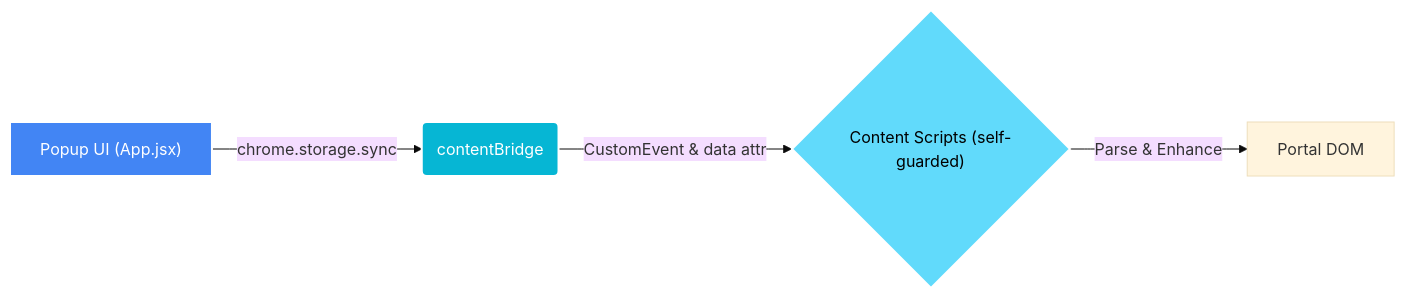
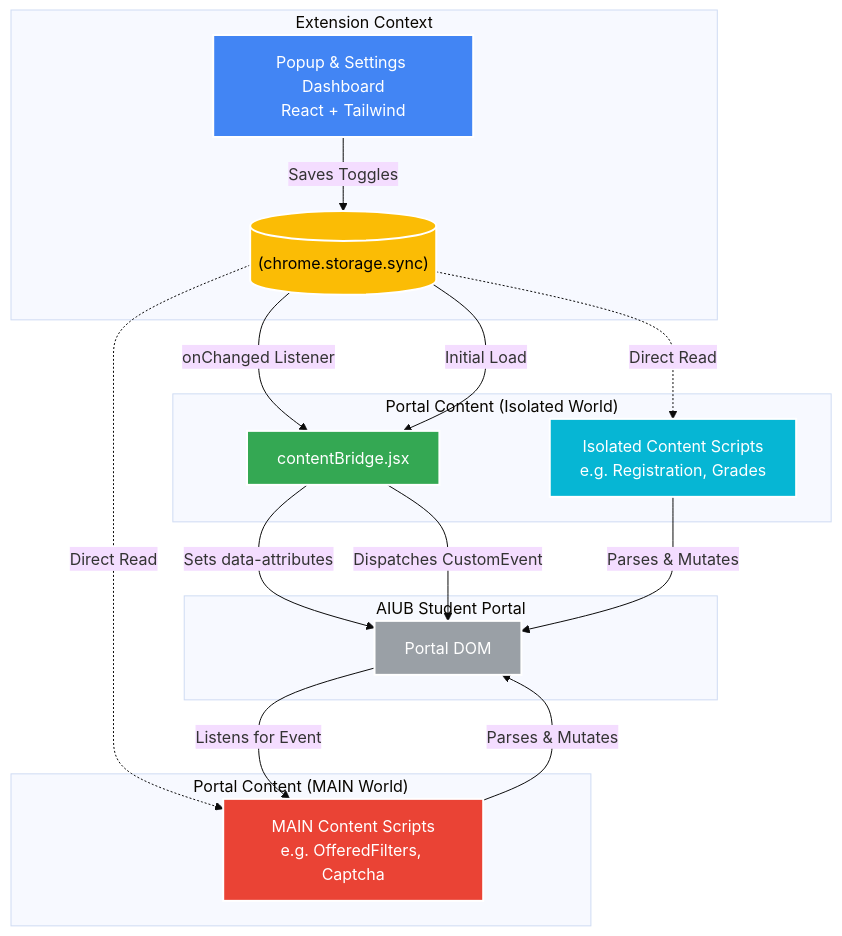
The diagram in README.md (mdrijoanmaruf/AIUB-Plus-Extenstion), drawn with Mermaid (base theme) before and after one commit.

Commit message:
added how it work graph

````diff
--- a/README.md
+++ b/README.md
@@ -196,10 +196,40 @@
 ```mermaid
-graph LR
-  A["Popup UI (App.jsx)"] -->|chrome.storage.sync| B(contentBridge)
-  B -->|CustomEvent & data attr| C{"Content Scripts (self-guarded)"}
-  C -->|Parse & Enhance| D[Portal DOM]
-  
-  style A fill:#4285F4,stroke:#fff,stroke-width:2px,color:#fff
-  style B fill:#06B6D4,stroke:#fff,stroke-width:2px,color:#fff
-  style C fill:#61DAFB,stroke:#fff,stroke-width:2px,color:#000
+graph TD
+    subgraph ExtensionContext ["Extension Context"]
+        UI["Popup & Settings Dashboard<br/>React + Tailwind"]
+        Sync[("(chrome.storage.sync)")]
+    end
+
+    subgraph IsolatedWorld ["Portal Content (Isolated World)"]
+        CB["contentBridge.jsx"]
+        IsolatedScripts["Isolated Content Scripts<br/>e.g. Registration, Grades"]
+    end
+
+    subgraph MainWorld ["Portal Content (MAIN World)"]
+        MainScripts["MAIN Content Scripts<br/>e.g. OfferedFilters, Captcha"]
+    end
+
+    subgraph AIUBPortal ["AIUB Student Portal"]
+        DOM["Portal DOM"]
+    end
+
+    UI -->|Saves Toggles| Sync
+    Sync -->|onChanged Listener| CB
+    Sync -->|Initial Load| CB
+    Sync -.->|Direct Read| IsolatedScripts
+    Sync -.->|Direct Read| MainScripts
+    
+    CB -->|Sets data-attributes| DOM
+    CB -->|Dispatches CustomEvent| DOM
+    DOM -->|Listens for Event| MainScripts
+
+    IsolatedScripts -->|Parses & Mutates| DOM
+    MainScripts -->|Parses & Mutates| DOM
+
+    style UI fill:#4285F4,stroke:#fff,stroke-width:2px,color:#fff
+    style Sync fill:#fbbc05,stroke:#fff,stroke-width:2px,color:#000
+    style CB fill:#34A853,stroke:#fff,stroke-width:2px,color:#fff
+    style IsolatedScripts fill:#06B6D4,stroke:#fff,stroke-width:2px,color:#fff
+    style MainScripts fill:#EA4335,stroke:#fff,stroke-width:2px,color:#fff
+    style DOM fill:#9AA0A6,stroke:#fff,stroke-width:2px,color:#fff
 ```
````
